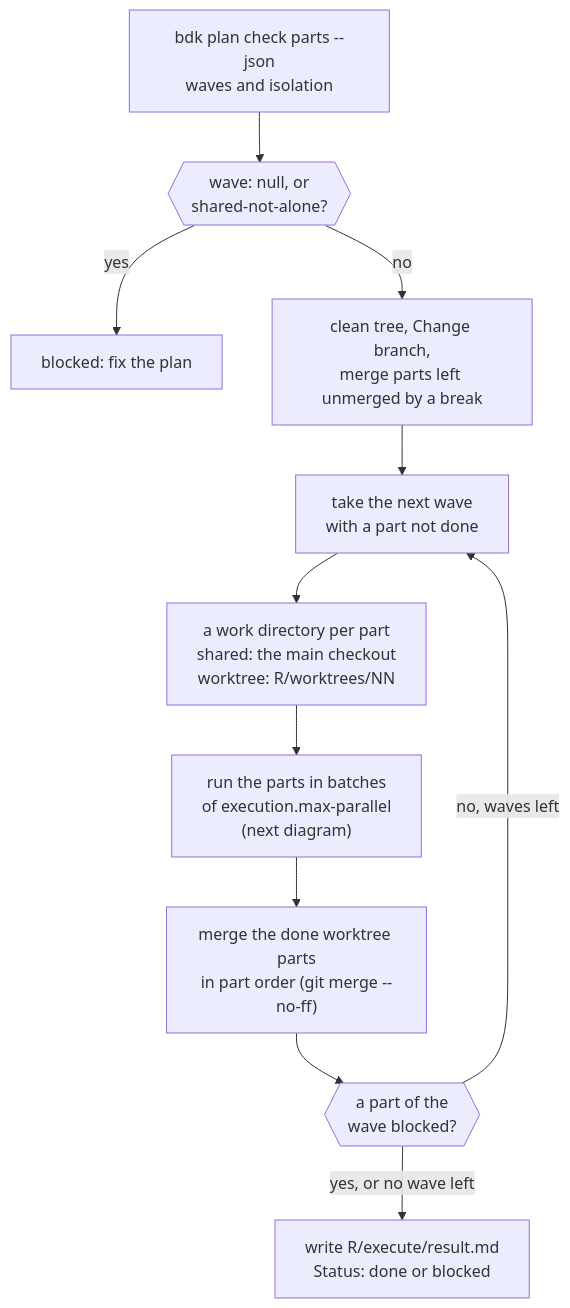
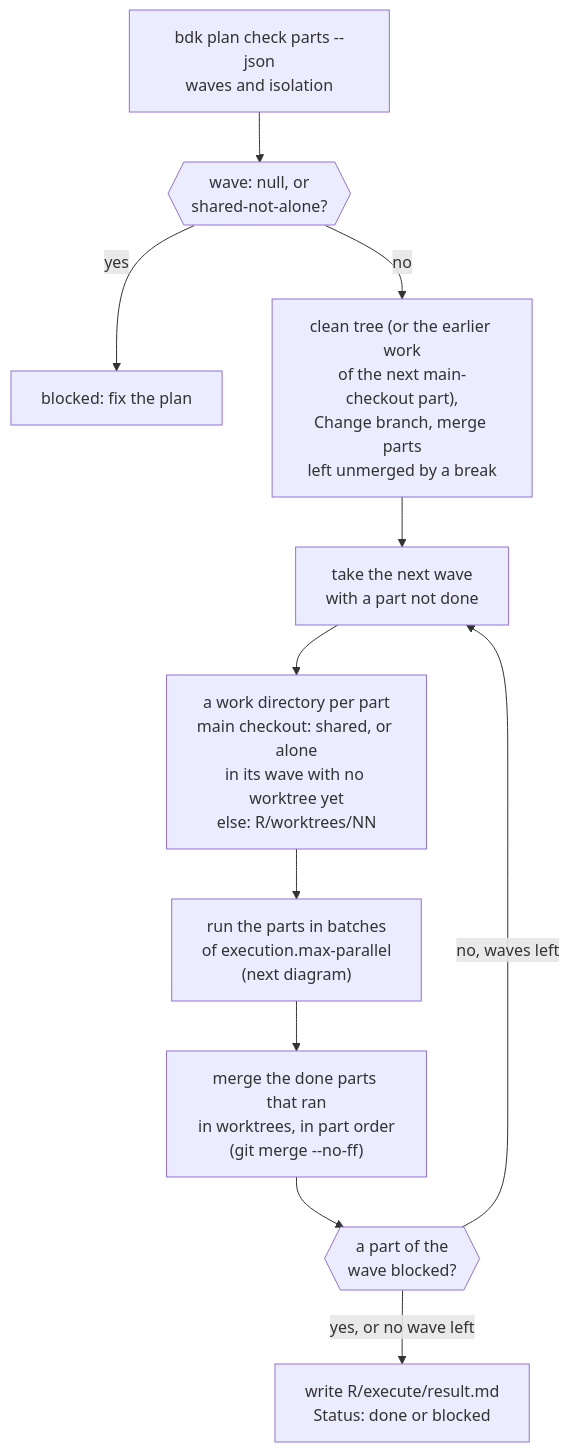
One commit to broneq/bdk changed the sixth of 15 diagrams in docs/concepts/orchestrators.md. Above: the diagram before and after it, drawn with Mermaid. The commit also changed other lines of this file and 57 other files, not shown here.

First line of the commit message:
feat(skills): build a part alone in its wave in the main checkout

````diff
--- a/docs/concepts/orchestrators.md
+++ b/docs/concepts/orchestrators.md
@@ -123,13 +123,13 @@
 ```mermaid
 flowchart TB
   W0["bdk plan check parts --json<br/>waves and isolation"] --> W1{{"wave: null, or<br/>shared-not-alone?"}}
   W1 -->|"yes"| BL0["blocked: fix the plan"]
-  W1 -->|"no"| W2["clean tree, Change branch,<br/>merge parts left unmerged by a break"]
+  W1 -->|"no"| W2["clean tree (or the earlier work<br/>of the next main-checkout part),<br/>Change branch, merge parts<br/>left unmerged by a break"]
   W2 --> W3["take the next wave<br/>with a part not done"]
-  W3 --> W4["a work directory per part<br/>shared: the main checkout<br/>worktree: R/worktrees/NN"]
+  W3 --> W4["a work directory per part<br/>main checkout: shared, or alone<br/>in its wave with no worktree yet<br/>else: R/worktrees/NN"]
   W4 --> W5["run the parts in batches<br/>of execution.max-parallel<br/>(next diagram)"]
-  W5 --> W6["merge the done worktree parts<br/>in part order (git merge --no-ff)"]
+  W5 --> W6["merge the done parts that ran<br/>in worktrees, in part order<br/>(git merge --no-ff)"]
   W6 --> NW{{"a part of the<br/>wave blocked?"}}
   NW -->|"no, waves left"| W3
   NW -->|"yes, or no wave left"| RES["write R/execute/result.md<br/>Status: done or blocked"]
 ```
````
